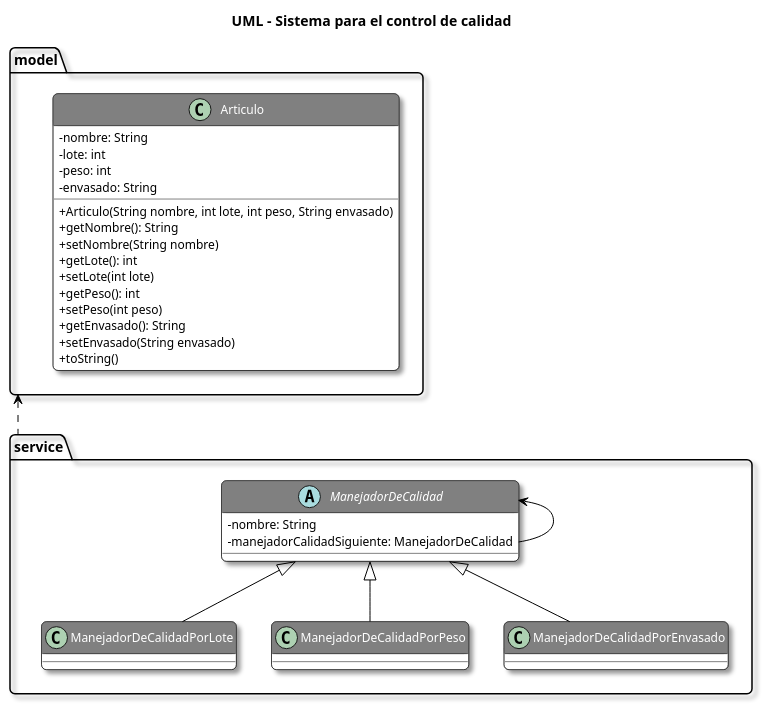
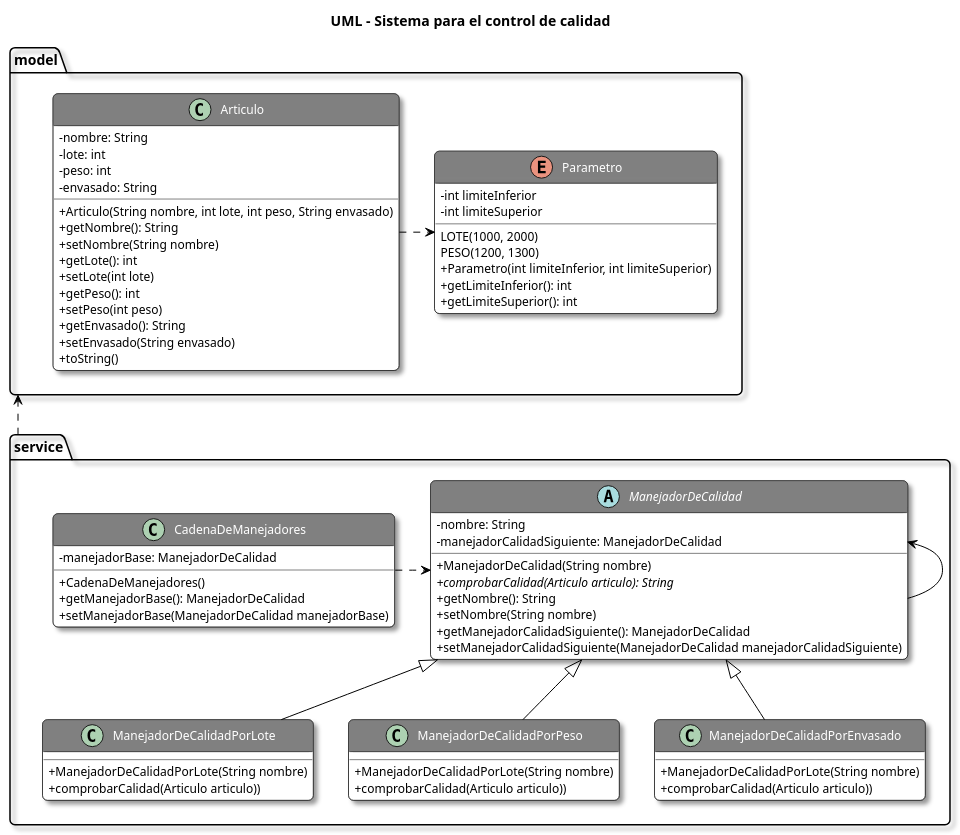
Before and after one commit to hfelipeserna/hfelipeserna.github.io: the diagram in Digital_House-Certified_Tech_Developer/Backend_I/Responsability_chain_pattern/Control_de_calidad/src/Control_de_calidad.puml, drawn with PlantUML. The commit also changed 8 other files, not shown here.

First line of the commit message:
[FEAT] Agregar UML e implementación de clases

```diff
--- a/Digital_House-Certified_Tech_Developer/Backend_I/Responsability_chain_pattern/Control_de_calidad/src/Control_de_calidad.puml
+++ b/Digital_House-Certified_Tech_Developer/Backend_I/Responsability_chain_pattern/Control_de_calidad/src/Control_de_calidad.puml
@@ -1,77 +1,109 @@
 @startuml
 'https://plantuml.com/class-diagram
 '___________STYLES___________
 title UML - Sistema para el control de calidad
 skinparam classAttributeIconSize 0
 skinparam backgroundColor White
 skinparam RoundCorner 10
 skinparam Shadowing true
 
 skinparam class {
     ArrowColor Black
     BackgroundColor White
     HeaderBackgroundColor Gray
     BorderColor Black
     FontColor White
     FontSize 14
     AttributeFontSize 12
 }
 
 skinparam object{
     ArrowColor Black
     BackgroundColor White
     BorderColor Black
     FontColor Black
     FontSize 14
     AttributeFontSize 12
 }
 
 skinparam note {
     BackgroundColor LightYellow
     BorderColor Black
 }
 
 '___________UML___________
 
 package model {
 class Articulo {
 - nombre: String
 - lote: int
 - peso: int
 - envasado: String
 + Articulo(String nombre, int lote, int peso, String envasado)
 + getNombre(): String
 + setNombre(String nombre)
 + getLote(): int
 + setLote(int lote)
 + getPeso(): int
 + setPeso(int peso)
 + getEnvasado(): String
 + setEnvasado(String envasado)
 + toString()
 }
+
+enum Parametro {
+LOTE(1000, 2000)
+PESO(1200, 1300)
+- int limiteInferior
+- int limiteSuperior
++ Parametro(int limiteInferior, int limiteSuperior)
++ getLimiteInferior(): int
++ getLimiteSuperior(): int
+}
 }
 
 package service {
 abstract ManejadorDeCalidad {
 - nombre: String
 - manejadorCalidadSiguiente: ManejadorDeCalidad
++ ManejadorDeCalidad(String nombre)
++ {abstract}comprobarCalidad(Articulo articulo): String
++ getNombre(): String
++ setNombre(String nombre)
++ getManejadorCalidadSiguiente(): ManejadorDeCalidad
++ setManejadorCalidadSiguiente(ManejadorDeCalidad manejadorCalidadSiguiente)
 }
 
 class ManejadorDeCalidadPorLote {
++ ManejadorDeCalidadPorLote(String nombre)
++ comprobarCalidad(Articulo articulo))
 }
 
 class ManejadorDeCalidadPorPeso {
++ ManejadorDeCalidadPorLote(String nombre)
++ comprobarCalidad(Articulo articulo))
 }
 
 class ManejadorDeCalidadPorEnvasado {
++ ManejadorDeCalidadPorLote(String nombre)
++ comprobarCalidad(Articulo articulo))
 }
+
+class CadenaDeManejadores {
+- manejadorBase: ManejadorDeCalidad
++ CadenaDeManejadores()
++ getManejadorBase(): ManejadorDeCalidad
++ setManejadorBase(ManejadorDeCalidad manejadorBase)
+}
+
 }
 
 model <.. service
+Articulo .> Parametro
 ManejadorDeCalidad <- ManejadorDeCalidad
+CadenaDeManejadores .> ManejadorDeCalidad
 ManejadorDeCalidad <|-- ManejadorDeCalidadPorLote
 ManejadorDeCalidad <|-- ManejadorDeCalidadPorPeso
 ManejadorDeCalidad <|-- ManejadorDeCalidadPorEnvasado
 
 @enduml
```
